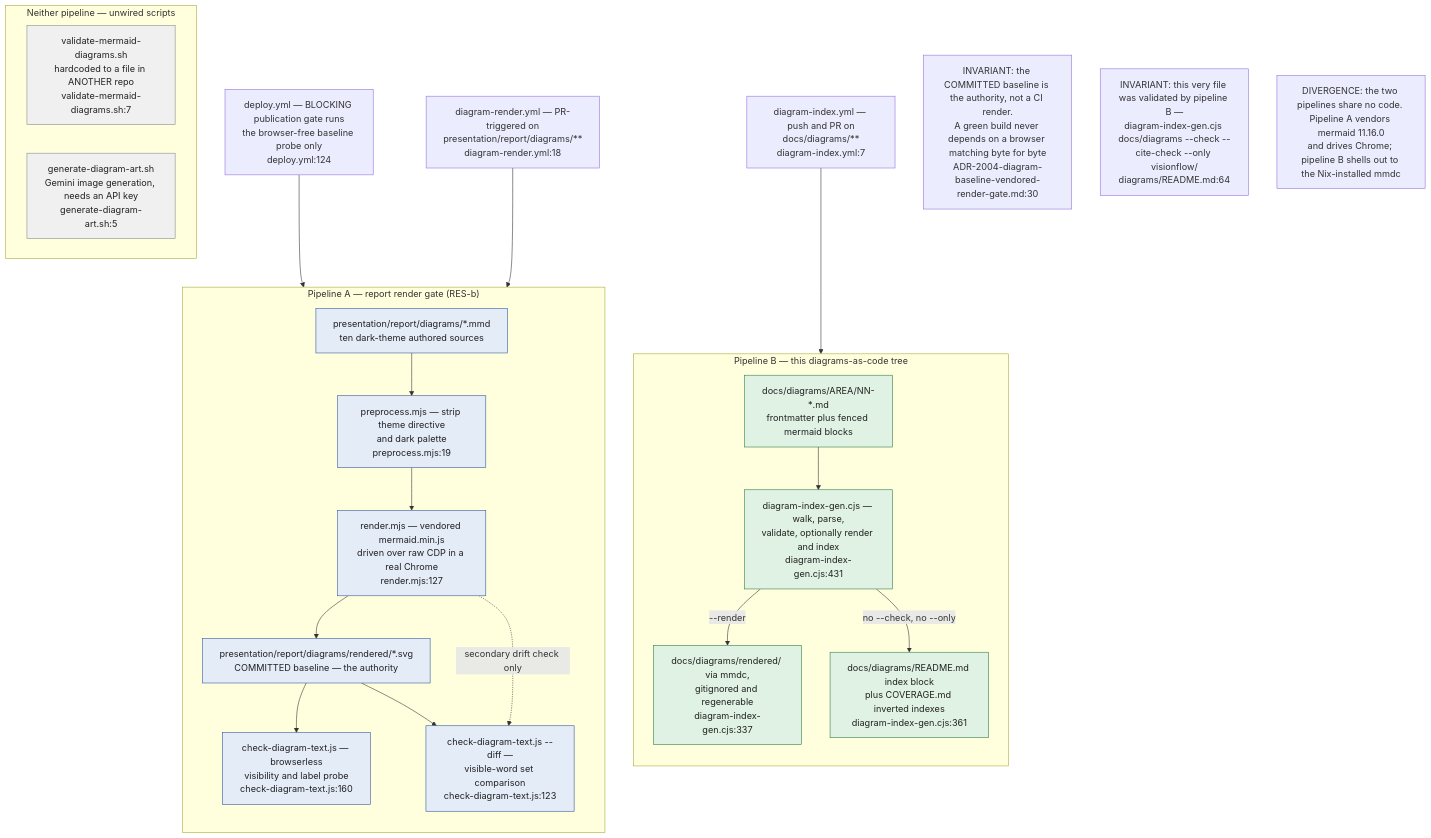
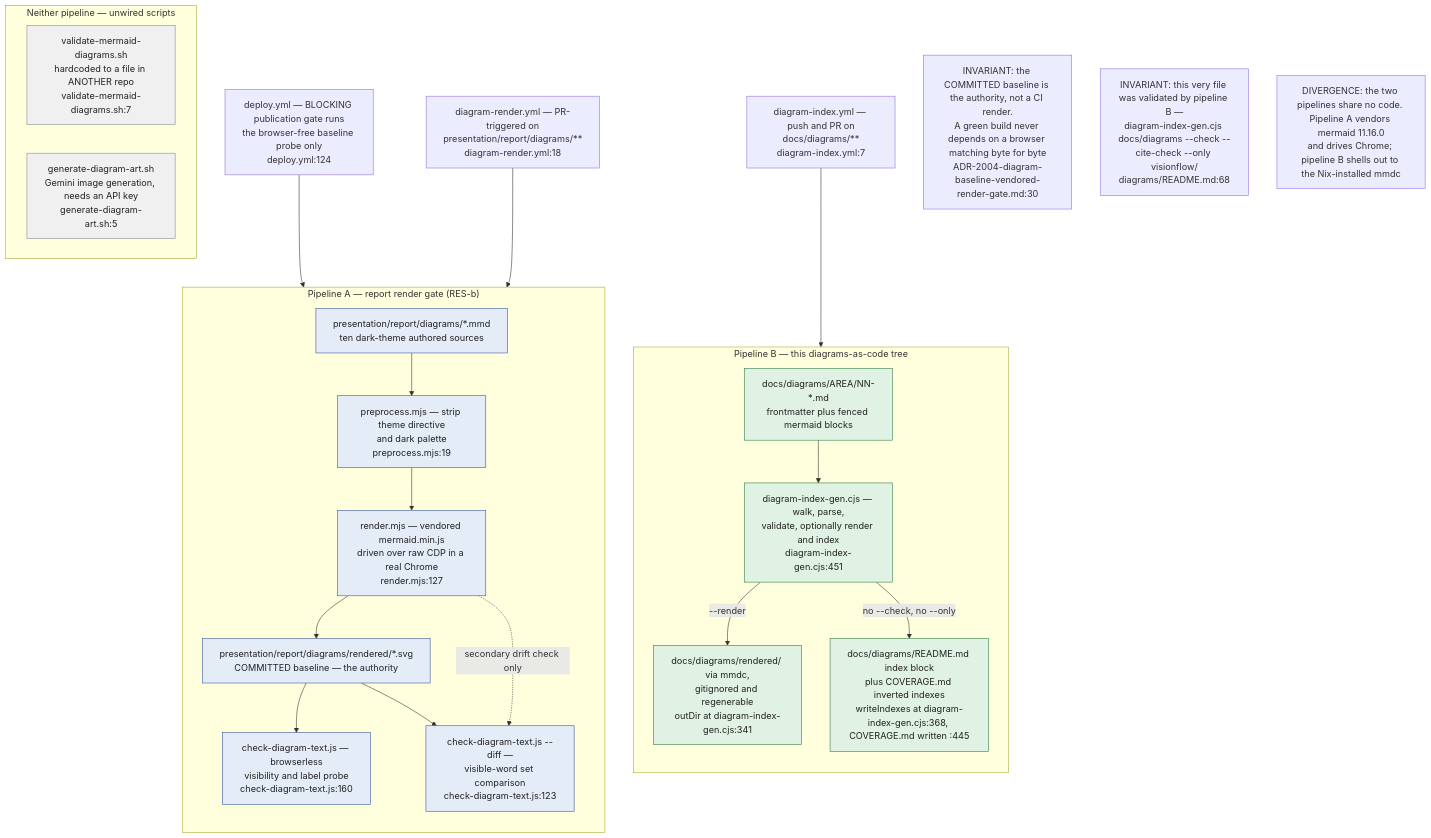
Before and after one commit to DreamLab-AI/VisionFlow: the first of 13 diagrams in docs/diagrams/visionflow/06-diagram-tooling.md, drawn with Mermaid. The commit also changed other lines of this file and 185 other files, not shown here.

Commit message:
docs(estate): reconcile diagrams and ADRs with source and define closeout sprint

````diff
--- a/docs/diagrams/visionflow/06-diagram-tooling.md
+++ b/docs/diagrams/visionflow/06-diagram-tooling.md
@@ -30,44 +30,44 @@
 ```mermaid
 flowchart TB
     classDef pipeA fill:#e4ecf8,stroke:#33559a,color:#222
     classDef pipeB fill:#e0f2e4,stroke:#2f7a45,color:#222
     classDef orphan fill:#f0f0f0,stroke:#888,color:#222
 
     subgraph A["Pipeline A — report render gate (RES-b)"]
         direction TB
         AS["presentation/report/diagrams/*.mmd<br/>ten dark-theme authored sources"]:::pipeA
         APRE["preprocess.mjs — strip theme directive<br/>and dark palette<br/>preprocess.mjs:19"]:::pipeA
         AREN["render.mjs — vendored mermaid.min.js<br/>driven over raw CDP in a real Chrome<br/>render.mjs:127"]:::pipeA
         ABASE["presentation/report/diagrams/rendered/*.svg<br/>COMMITTED baseline — the authority"]:::pipeA
         ACHK["check-diagram-text.js — browserless<br/>visibility and label probe<br/>check-diagram-text.js:160"]:::pipeA
         ADIFF["check-diagram-text.js --diff —<br/>visible-word set comparison<br/>check-diagram-text.js:123"]:::pipeA
         AS --> APRE --> AREN --> ABASE
         ABASE --> ACHK
         AREN -.->|"secondary drift check only"| ADIFF
         ABASE --> ADIFF
     end
 
     subgraph B["Pipeline B — this diagrams-as-code tree"]
         direction TB
         BS["docs/diagrams/AREA/NN-*.md<br/>frontmatter plus fenced mermaid blocks"]:::pipeB
-        BGEN["diagram-index-gen.cjs — walk, parse,<br/>validate, optionally render and index<br/>diagram-index-gen.cjs:431"]:::pipeB
-        BREND["docs/diagrams/rendered/ via mmdc,<br/>gitignored and regenerable<br/>diagram-index-gen.cjs:337"]:::pipeB
-        BIDX["docs/diagrams/README.md index block<br/>plus COVERAGE.md inverted indexes<br/>diagram-index-gen.cjs:361"]:::pipeB
+        BGEN["diagram-index-gen.cjs — walk, parse,<br/>validate, optionally render and index<br/>diagram-index-gen.cjs:451"]:::pipeB
+        BREND["docs/diagrams/rendered/ via mmdc,<br/>gitignored and regenerable<br/>outDir at diagram-index-gen.cjs:341"]:::pipeB
+        BIDX["docs/diagrams/README.md index block<br/>plus COVERAGE.md inverted indexes<br/>writeIndexes at diagram-index-gen.cjs:368, COVERAGE.md written :445"]:::pipeB
         BS --> BGEN
         BGEN -->|"--render"| BREND
         BGEN -->|"no --check, no --only"| BIDX
     end
 
     WA["diagram-render.yml — PR-triggered on<br/>presentation/report/diagrams/**<br/>diagram-render.yml:18"] --> A
     WB["diagram-index.yml — push and PR on<br/>docs/diagrams/**<br/>diagram-index.yml:7"] --> B
     WD["deploy.yml — BLOCKING publication gate runs<br/>the browser-free baseline probe only<br/>deploy.yml:124"] --> ACHK
 
     subgraph O["Neither pipeline — unwired scripts"]
         OV["validate-mermaid-diagrams.sh<br/>hardcoded to a file in ANOTHER repo<br/>validate-mermaid-diagrams.sh:7"]:::orphan
         OG["generate-diagram-art.sh<br/>Gemini image generation, needs an API key<br/>generate-diagram-art.sh:5"]:::orphan
     end
 
     NOTE1["INVARIANT: the COMMITTED baseline is the authority, not a CI render.<br/>A green build never depends on a browser matching byte for byte<br/>ADR-2004-diagram-baseline-vendored-render-gate.md:30"]
-    NOTE2["INVARIANT: this very file was validated by pipeline B —<br/>diagram-index-gen.cjs docs/diagrams --check --cite-check --only visionflow/<br/>diagrams/README.md:64"]
+    NOTE2["INVARIANT: this very file was validated by pipeline B —<br/>diagram-index-gen.cjs docs/diagrams --check --cite-check --only visionflow/<br/>diagrams/README.md:68"]
     NOTE3["DIVERGENCE: the two pipelines share no code. Pipeline A vendors mermaid 11.16.0<br/>and drives Chrome; pipeline B shells out to the Nix-installed mmdc"]
 ```
````
